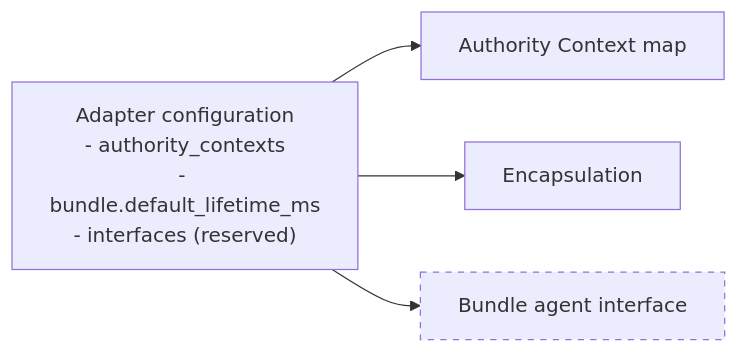
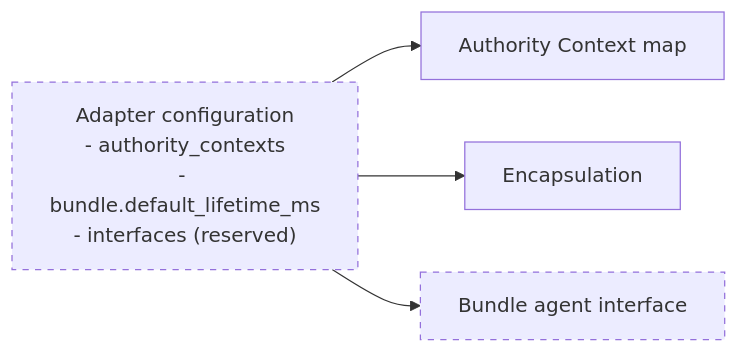
The fifth of 6 diagrams in DOCS/PBS-EDGE-ARCHITECTURE.md (Pale-Blue-Systems/PBS-EDGE-ADAPTER-MV), drawn with Mermaid before and after one commit. The commit also changed other lines of this file and 7 other files, not shown here.

````diff
--- a/DOCS/PBS-EDGE-ARCHITECTURE.md
+++ b/DOCS/PBS-EDGE-ARCHITECTURE.md
@@ -150,14 +150,14 @@
 ```mermaid
 flowchart LR
   CONF["Adapter configuration<br/>- authority_contexts<br/>- bundle.default_lifetime_ms<br/>- interfaces (reserved)"]
   AC["Authority Context map"]
   ENC["Encapsulation"]
   IO["Bundle agent interface"]
 
   CONF --> AC
   CONF --> ENC
   CONF --> IO
 
   classDef planned stroke-dasharray: 5 5
-  class IO planned
+  class CONF,IO planned
 ```
````
